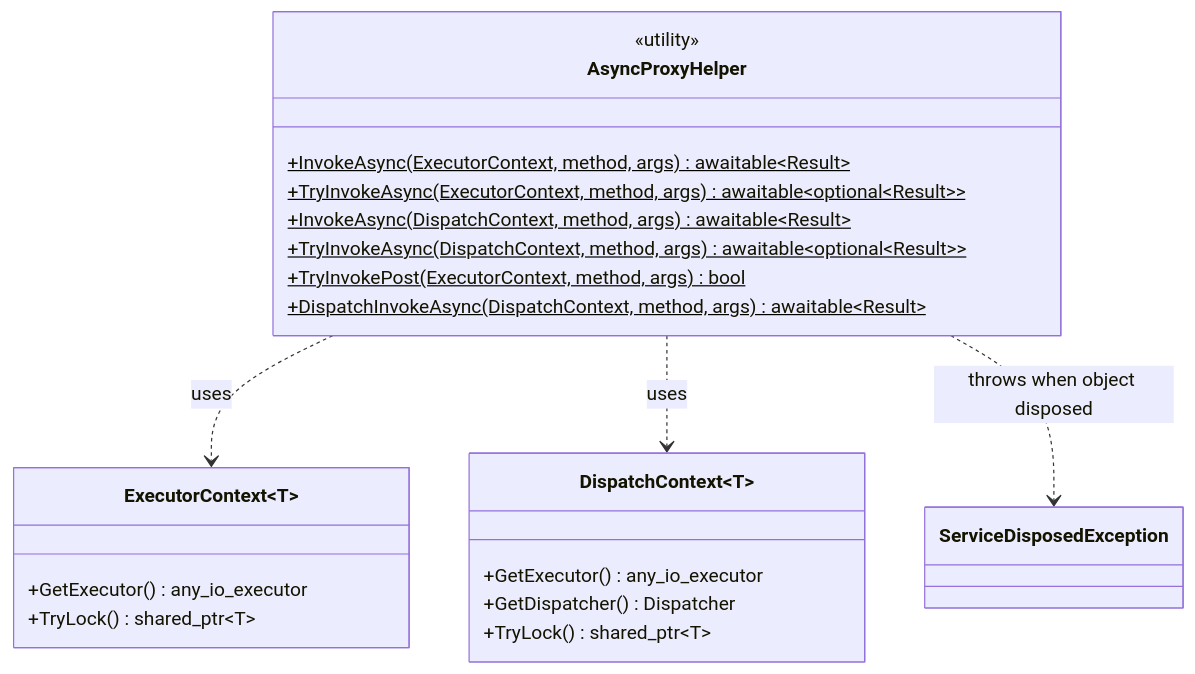
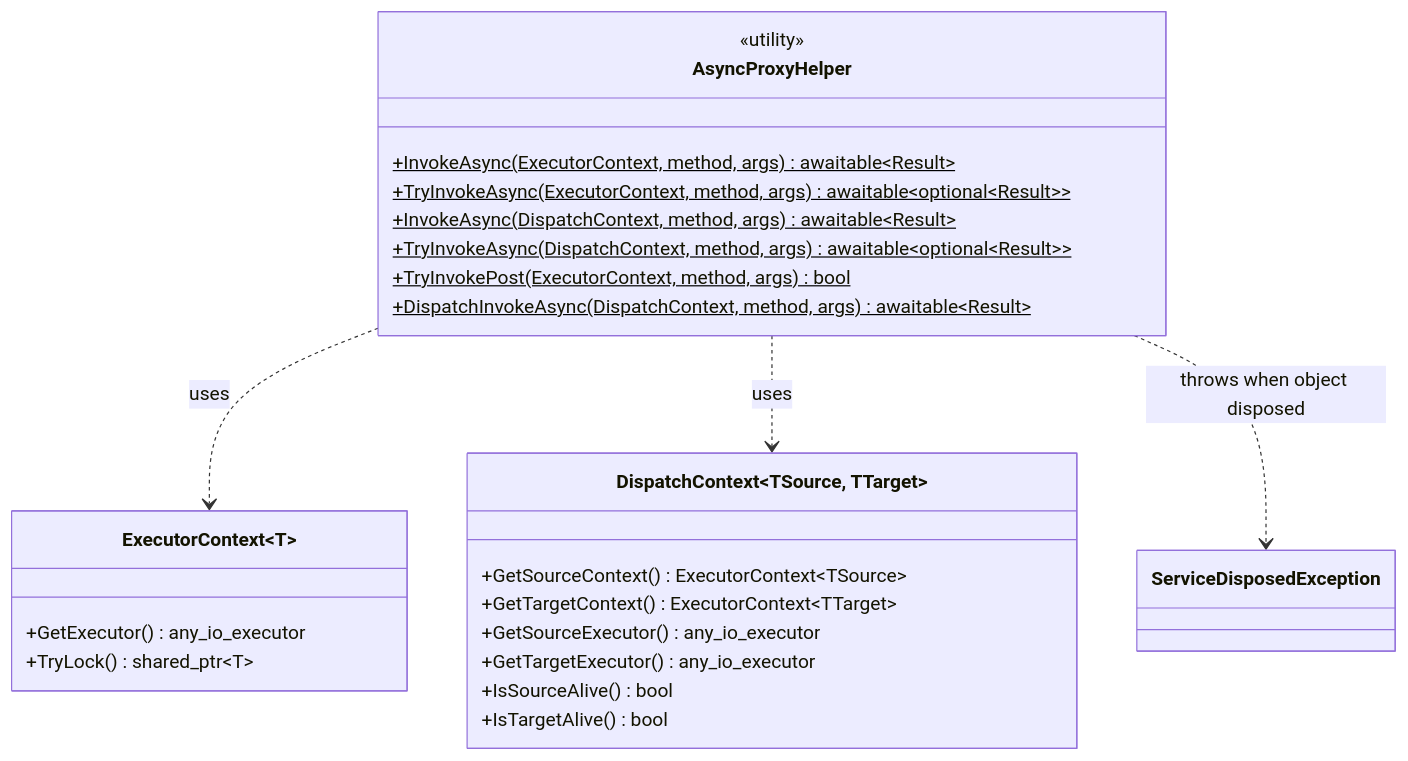
Before and after one commit to Unarmed1000/ServiceFrameworkExperiments: the seventh of 12 diagrams in docs/class-diagrams.md, drawn with Mermaid. The commit also changed other lines of this file, not shown here.

Commit message:
Refactor DispatchContext class to support source and target contexts with improved method names for clarity

````diff
--- a/docs/class-diagrams.md
+++ b/docs/class-diagrams.md
@@ -327,31 +328,34 @@
 ```mermaid
 classDiagram
     direction TB
 
     class AsyncProxyHelper {
         <<utility>>
         +InvokeAsync(ExecutorContext, method, args)$ awaitable~Result~
         +TryInvokeAsync(ExecutorContext, method, args)$ awaitable~optional~Result~~
         +InvokeAsync(DispatchContext, method, args)$ awaitable~Result~
         +TryInvokeAsync(DispatchContext, method, args)$ awaitable~optional~Result~~
         +TryInvokePost(ExecutorContext, method, args)$ bool
         +DispatchInvokeAsync(DispatchContext, method, args)$ awaitable~Result~
     }
 
     class ExecutorContext~T~ {
         +GetExecutor() any_io_executor
         +TryLock() shared_ptr~T~
     }
 
-    class DispatchContext~T~ {
-        +GetExecutor() any_io_executor
-        +GetDispatcher() Dispatcher
-        +TryLock() shared_ptr~T~
+    class DispatchContext~TSource, TTarget~ {
+        +GetSourceContext() ExecutorContext~TSource~
+        +GetTargetContext() ExecutorContext~TTarget~
+        +GetSourceExecutor() any_io_executor
+        +GetTargetExecutor() any_io_executor
+        +IsSourceAlive() bool
+        +IsTargetAlive() bool
     }
 
     class ServiceDisposedException
 
     AsyncProxyHelper ..> ExecutorContext : uses
     AsyncProxyHelper ..> DispatchContext : uses
     AsyncProxyHelper ..> ServiceDisposedException : throws when object disposed
 ```
````
